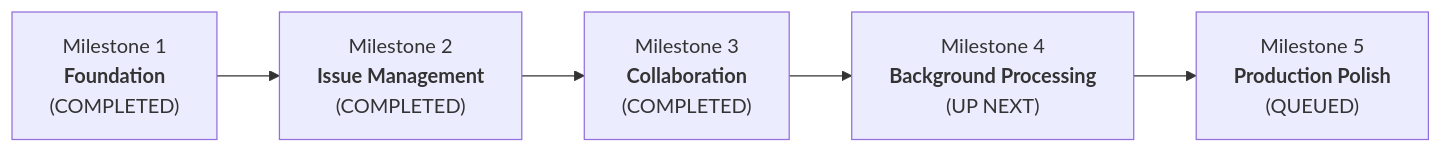
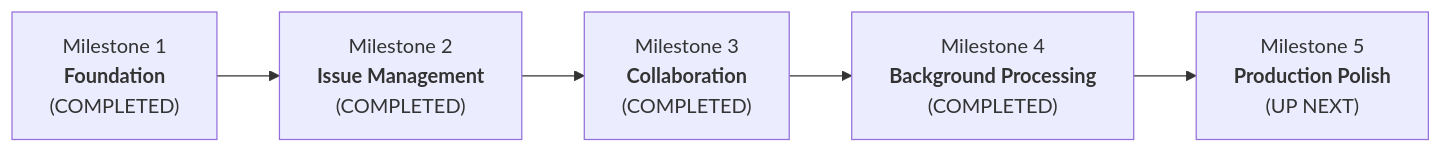
Before and after one commit to PrithviRajVerma/DevTrack: the diagram in PROJECT_PROGRESS.md, drawn with Mermaid. The commit also changed other lines of this file, not shown here.

Commit message:
docs(progress): mark Milestone 4 completed with 48 verified tests

````diff
--- a/PROJECT_PROGRESS.md
+++ b/PROJECT_PROGRESS.md
@@ -14,7 +14,7 @@
 ```mermaid
 flowchart LR
     M1["Milestone 1<br/><b>Foundation</b><br/>(COMPLETED)"] --> M2["Milestone 2<br/><b>Issue Management</b><br/>(COMPLETED)"]
     M2 --> M3["Milestone 3<br/><b>Collaboration</b><br/>(COMPLETED)"]
-    M3 --> M4["Milestone 4<br/><b>Background Processing</b><br/>(UP NEXT)"]
-    M4 --> M5["Milestone 5<br/><b>Production Polish</b><br/>(QUEUED)"]
+    M3 --> M4["Milestone 4<br/><b>Background Processing</b><br/>(COMPLETED)"]
+    M4 --> M5["Milestone 5<br/><b>Production Polish</b><br/>(UP NEXT)"]
 ```
````
